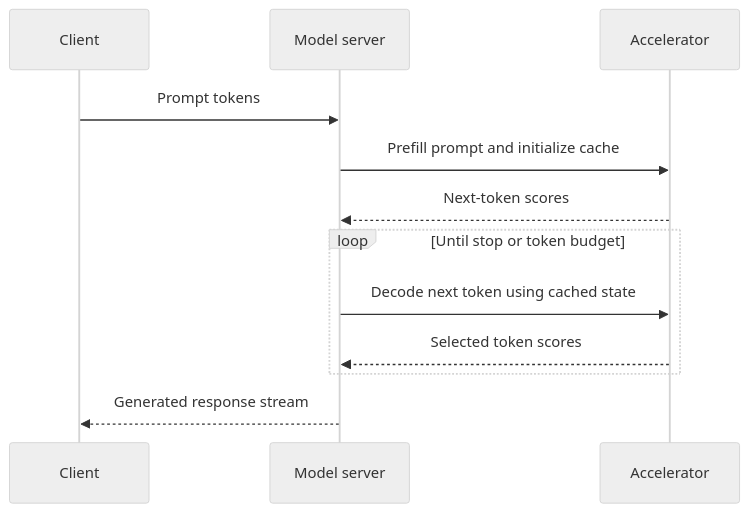
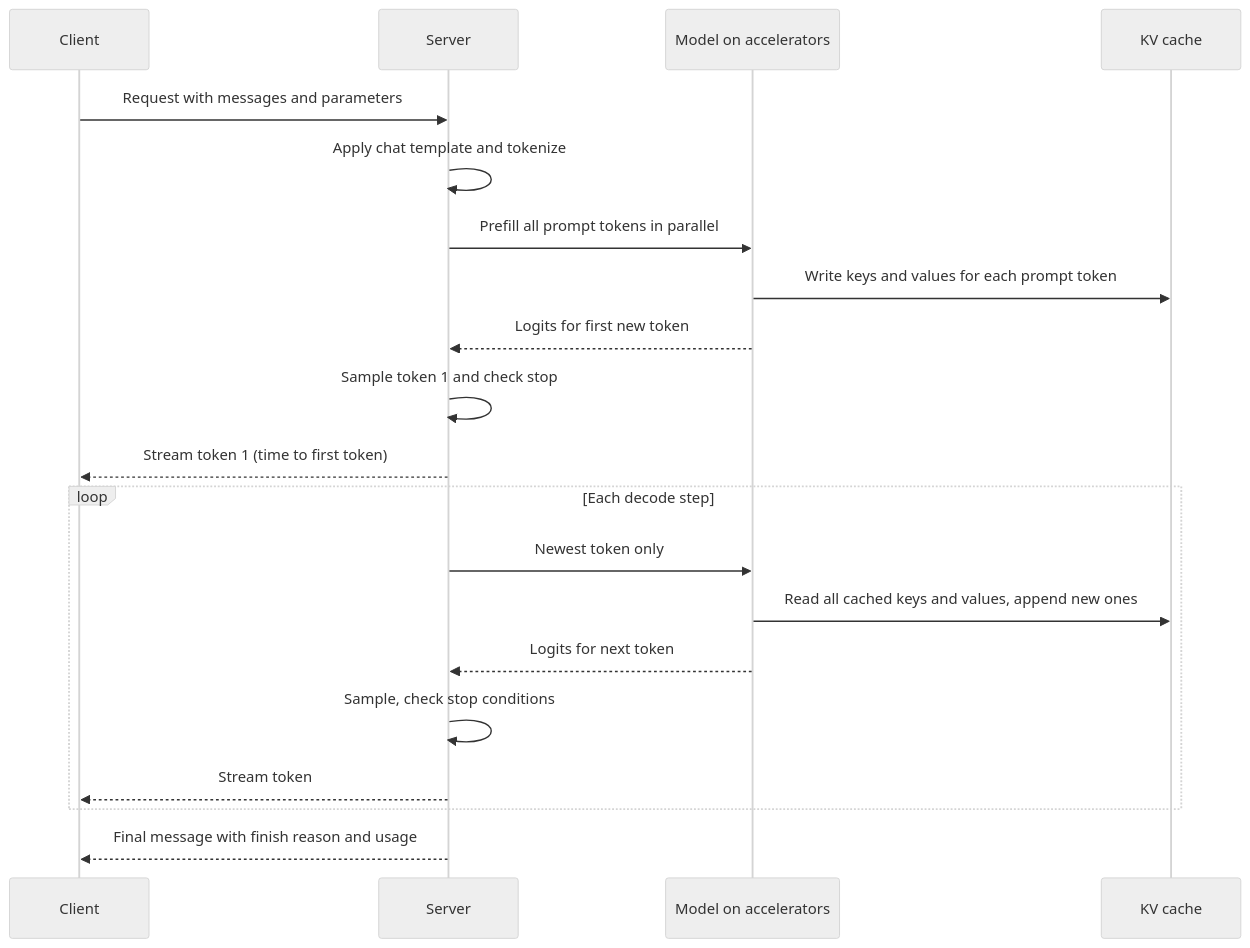
One commit to joydasss/Architect changed the ninth of 17 diagrams in 16_AI_and_GenAI/CH15_Large_Language_Model_Fundamentals_and_Inference.md. Above: the diagram before and after it, drawn with Mermaid (neutral theme). The commit also changed other lines of this file and 295 other files, not shown here.

````diff
--- a/16_AI_and_GenAI/CH15_Large_Language_Model_Fundamentals_and_Inference.md
+++ b/16_AI_and_GenAI/CH15_Large_Language_Model_Fundamentals_and_Inference.md
@@ -83,14 +652,22 @@
 ```mermaid
 sequenceDiagram
-    participant Client
-    participant Server as Model server
-    participant GPU as Accelerator
-    Client->>Server: Prompt tokens
-    Server->>GPU: Prefill prompt and initialize cache
-    GPU-->>Server: Next-token scores
-    loop Until stop or token budget
-        Server->>GPU: Decode next token using cached state
-        GPU-->>Server: Selected token scores
+    participant C as Client
+    participant S as Server
+    participant M as Model on accelerators
+    participant K as KV cache
+    C->>S: Request with messages and parameters
+    S->>S: Apply chat template and tokenize
+    S->>M: Prefill all prompt tokens in parallel
+    M->>K: Write keys and values for each prompt token
+    M-->>S: Logits for first new token
+    S->>S: Sample token 1 and check stop
+    S-->>C: Stream token 1 (time to first token)
+    loop Each decode step
+        S->>M: Newest token only
+        M->>K: Read all cached keys and values, append new ones
+        M-->>S: Logits for next token
+        S->>S: Sample, check stop conditions
+        S-->>C: Stream token
     end
-    Server-->>Client: Generated response stream
+    S-->>C: Final message with finish reason and usage
 ```
````
